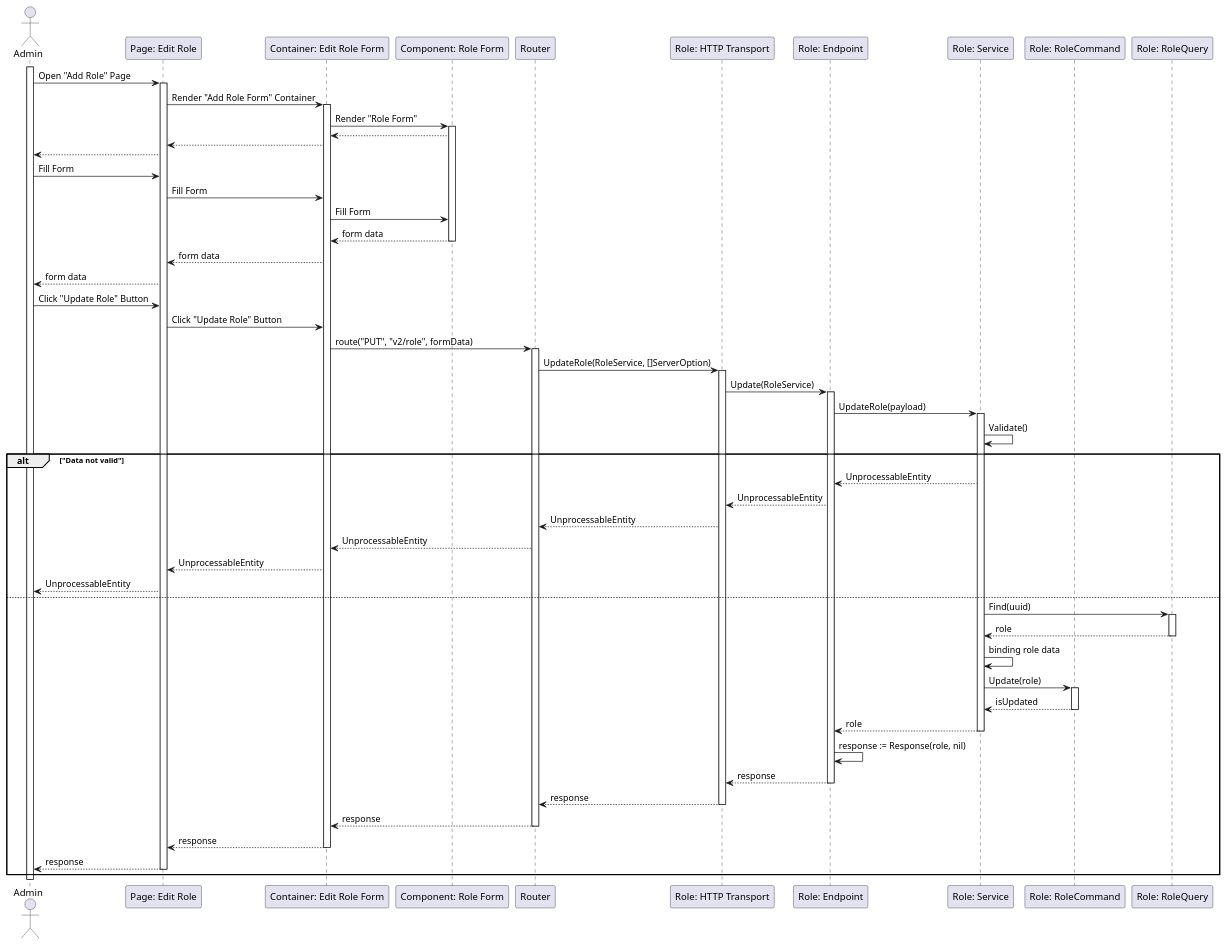
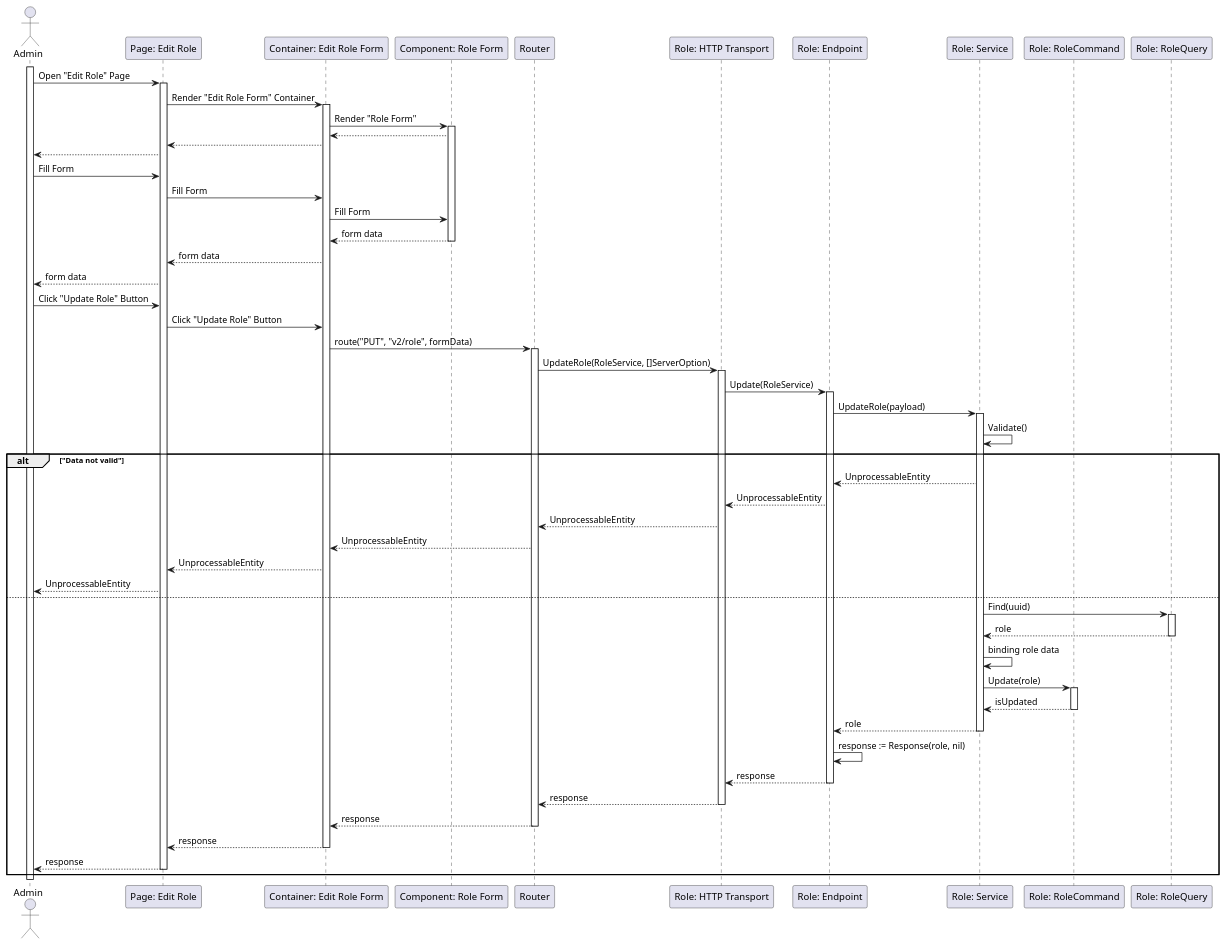
Before and after one commit to fwidjaya20/fazzlearning-uml: the diagram in Sequance/Release01/UpdateRole.wsd, drawn with PlantUML. The commit also changed 1 other file, not shown here.

Commit message:
sequence: update participant name on CU role

```diff
--- a/Sequance/Release01/UpdateRole.wsd
+++ b/Sequance/Release01/UpdateRole.wsd
@@ -1,80 +1,80 @@
 @startuml UpdateRole
 
 actor Admin
 participant "Page: Edit Role" as EditRolePage
 participant "Container: Edit Role Form" as EditRoleFormContainer
 participant "Component: Role Form" as RoleForm
 participant "Router" as Router
 participant "Role: HTTP Transport" as RoleHTTPTransport
 participant "Role: Endpoint" as RoleEndpoint
 participant "Role: Service" as RoleService
 participant "Role: RoleCommand" as RoleCommand
 participant "Role: RoleQuery" as RoleQuery
 
 activate Admin
 
-Admin->EditRolePage: Open "Add Role" Page
+Admin->EditRolePage: Open "Edit Role" Page
 activate EditRolePage
-EditRolePage->EditRoleFormContainer: Render "Add Role Form" Container
+EditRolePage->EditRoleFormContainer: Render "Edit Role Form" Container
 activate EditRoleFormContainer
 EditRoleFormContainer->RoleForm: Render "Role Form"
 activate RoleForm
 RoleForm-->EditRoleFormContainer
 EditRoleFormContainer-->EditRolePage
 EditRolePage-->Admin
 
 Admin->EditRolePage: Fill Form
 EditRolePage->EditRoleFormContainer: Fill Form
 EditRoleFormContainer->RoleForm: Fill Form
 RoleForm-->EditRoleFormContainer: form data
 deactivate RoleForm
 EditRoleFormContainer-->EditRolePage: form data
 EditRolePage-->Admin: form data
 
 Admin->EditRolePage: Click "Update Role" Button
 EditRolePage->EditRoleFormContainer: Click "Update Role" Button
 EditRoleFormContainer->Router: route("PUT", "v2/role", formData)
 activate Router
 Router->RoleHTTPTransport: UpdateRole(RoleService, []ServerOption)
 activate RoleHTTPTransport
 RoleHTTPTransport->RoleEndpoint: Update(RoleService)
 activate RoleEndpoint
 RoleEndpoint->RoleService: UpdateRole(payload)
 activate RoleService
 RoleService->RoleService: Validate()
 
 alt "Data not valid"
     RoleService-->RoleEndpoint: UnprocessableEntity
     RoleEndpoint-->RoleHTTPTransport: UnprocessableEntity
     RoleHTTPTransport-->Router: UnprocessableEntity
     Router-->EditRoleFormContainer: UnprocessableEntity
     EditRoleFormContainer-->EditRolePage: UnprocessableEntity
     EditRolePage-->Admin: UnprocessableEntity
 else
     RoleService->RoleQuery: Find(uuid)
     activate RoleQuery
     RoleQuery-->RoleService: role
     deactivate RoleQuery
     RoleService->RoleService: binding role data
     RoleService->RoleCommand: Update(role)
     activate RoleCommand
     RoleCommand-->RoleService: isUpdated
     deactivate RoleCommand
     RoleService-->RoleEndpoint: role
     deactivate RoleService
     RoleEndpoint->RoleEndpoint: response := Response(role, nil)
     RoleEndpoint-->RoleHTTPTransport: response
     deactivate RoleEndpoint
     RoleHTTPTransport-->Router: response
     deactivate RoleHTTPTransport
     Router-->EditRoleFormContainer: response
     deactivate Router
     EditRoleFormContainer-->EditRolePage: response
     deactivate EditRoleFormContainer
     EditRolePage-->Admin: response
     deactivate EditRolePage
 end
 
 deactivate Admin
 
 @enduml
```
